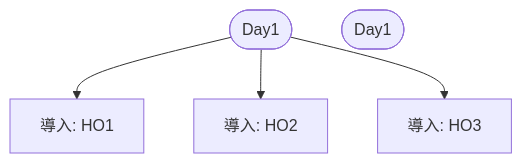
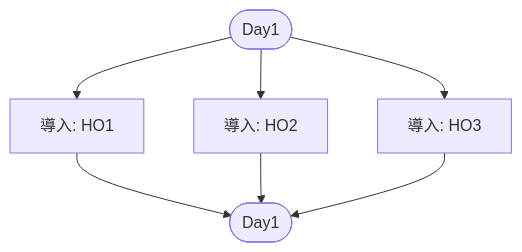
One commit to KarasuTatehi/last-resort-disturbance changed the diagram in specs/routing.md. Above: the diagram before and after it, drawn with Mermaid. The commit also changed other lines of this file, not shown here.

````diff
--- a/specs/routing.md
+++ b/specs/routing.md
@@ -3,10 +7,10 @@
 ```mermaid
 flowchart TD
 D1S([Day1])
 HO1-D1["導入: HO1"]
 HO2-D1["導入: HO2"]
 HO3-D1["導入: HO3"]
 D1E([Day1])
 D1S --> HO1-D1 & HO2-D1 & HO3-D1
-HO1-D1 & HO2-D1 & HO3-D1
+HO1-D1 & HO2-D1 & HO3-D1 --> D1E
 ```
````
